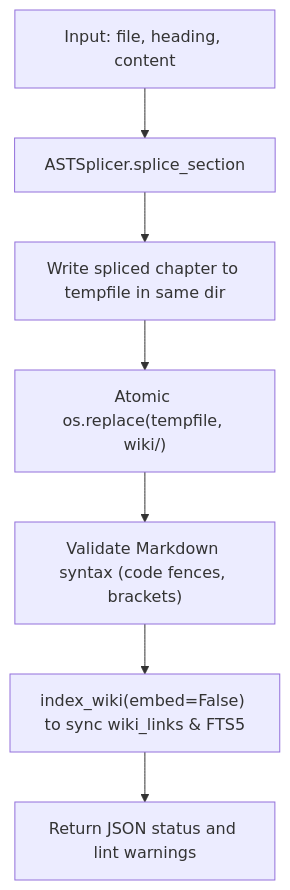
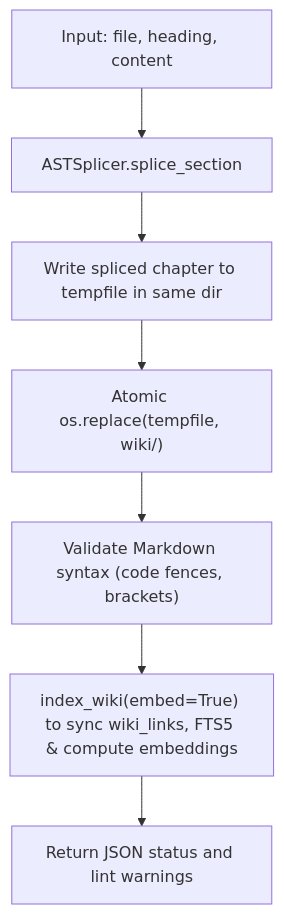
The seventh of 13 diagrams in docs/mcp_tools.md (prakharVirus1289/llm-wiki), drawn with Mermaid before and after one commit. The commit also changed other lines of this file and 1 other file, not shown here.

Commit message:
docs: update architecture and mcp tools to reflect group-synthesize-patch and targeted linking

````diff
--- a/docs/mcp_tools.md
+++ b/docs/mcp_tools.md
@@ -593,9 +593,9 @@
 ```mermaid
 flowchart TD
     Input["Input: file, heading, content"] --> Splice["ASTSplicer.splice_section"]
     Splice --> TempFile["Write spliced chapter to tempfile in same dir"]
     TempFile --> AtomicReplace["Atomic os.replace(tempfile, wiki/<file>)"]
     AtomicReplace --> Lint["Validate Markdown syntax (code fences, brackets)"]
-    Lint --> Reindex["index_wiki(embed=False) to sync wiki_links & FTS5"]
+    Lint --> Reindex["index_wiki(embed=True) to sync wiki_links, FTS5 & compute embeddings"]
     Reindex --> Return["Return JSON status and lint warnings"]
 ```
````
